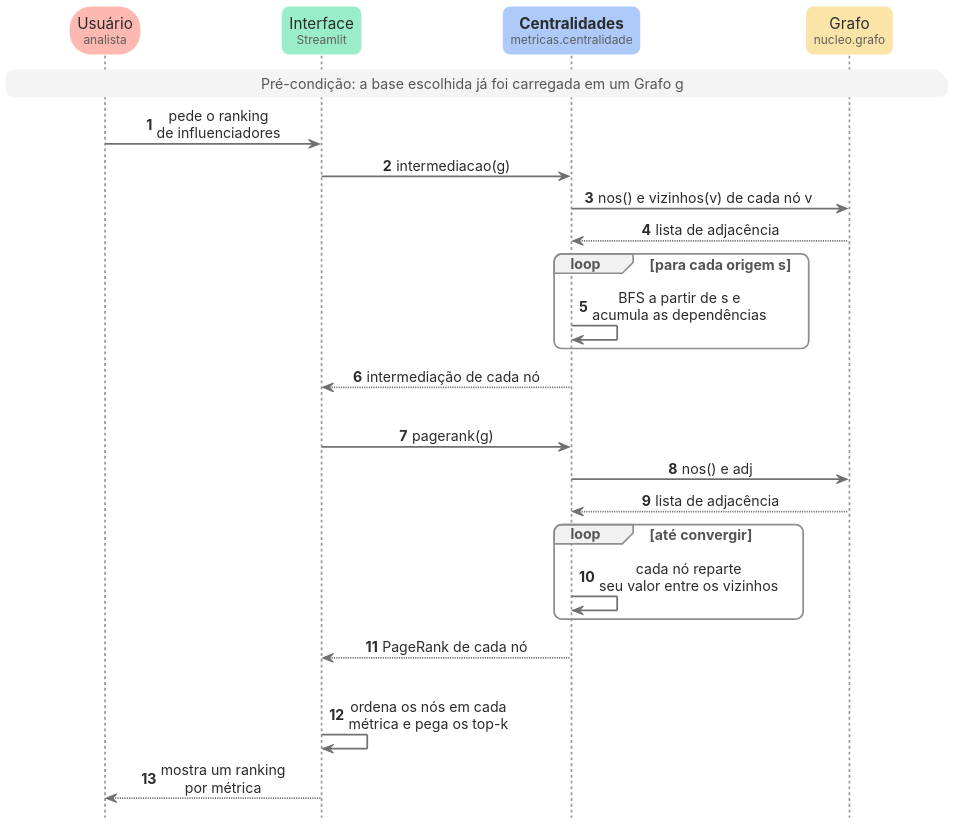
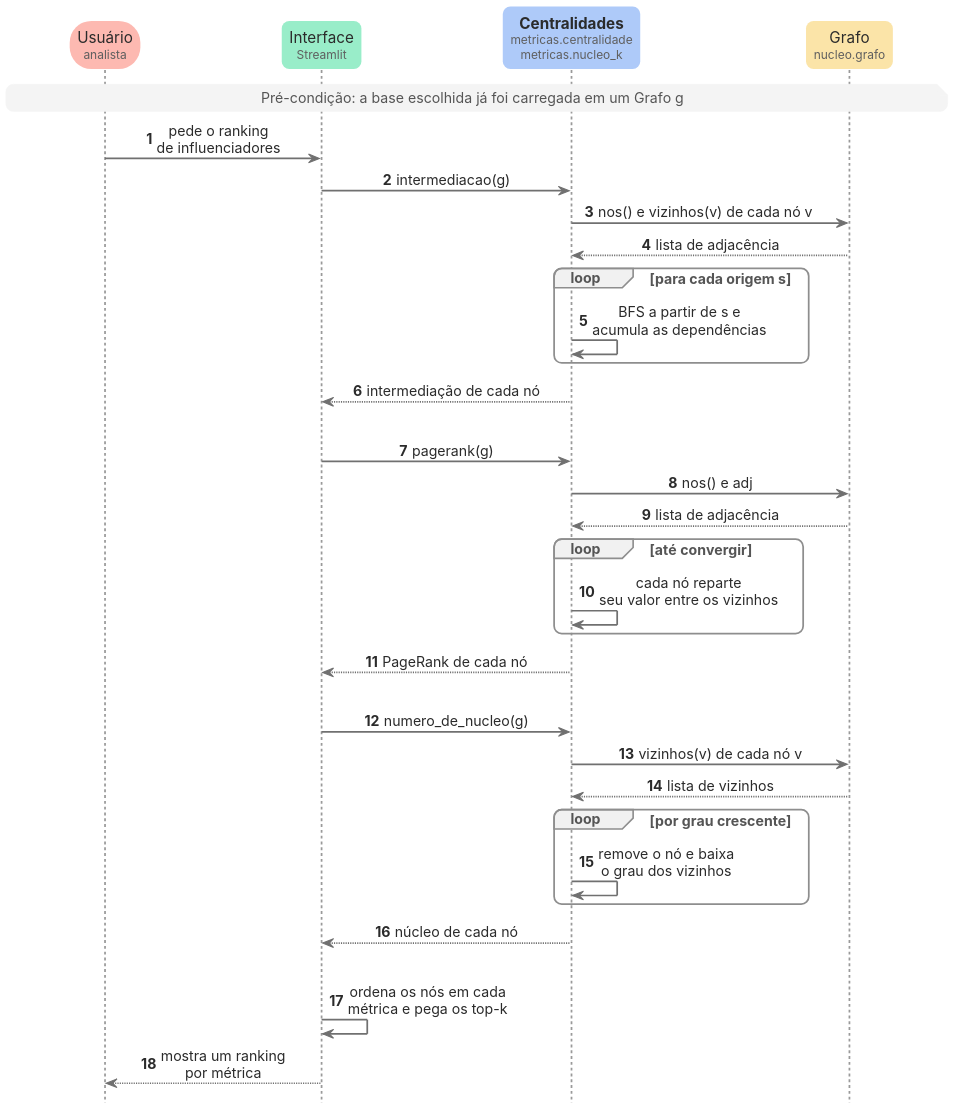
Before and after one commit to ofazax/tp-grafos-redes-sociais: the diagram in documentos/uml/sequencia.puml, drawn with PlantUML. The commit also changed 3 other files, not shown here.

Commit message:
docs atualizacao k-core no diagrama

```diff
--- a/documentos/uml/sequencia.puml
+++ b/documentos/uml/sequencia.puml
@@ -1,95 +1,105 @@
 @startuml sequencia
 ' Diagrama de sequência: o usuário pede o ranking de influenciadores (Frente 3, Etapa 1).
+' Três métricas: intermediação e PageRank (metricas.centralidade) e k-core (metricas.nucleo_k).
 ' Fluxo: usuário -> interface -> centralidades -> grafo.
 ' Para gerar a imagem: extensão PlantUML do VS Code (Alt+D) ou
 '   java -jar plantuml.jar -tpng documentos/uml/sequencia.puml
 ' A fonte é a Inter; sem ela instalada, o PlantUML usa a fonte padrão.
 
 ' teoz: motor de layout que posiciona as caixas de loop sem sobrepor os rótulos.
 !pragma teoz true
 
 ' ---------------------------------------------------------------------
 ' Estilo: cores pastel por papel, caixas sem borda, linhas cinza finas.
 '   rosa     = quem está fora do sistema (usuário)
 '   verde    = interface
 '   azul     = núcleo do diagrama (centralidades, Frente 3)
 '   amarelo  = dados (grafo)
 ' ---------------------------------------------------------------------
 skinparam dpi 180
 skinparam shadowing false
 skinparam backgroundColor #FFFFFF
 skinparam defaultFontName Inter
 skinparam defaultFontSize 13
 skinparam defaultFontColor #2B2B2B
 skinparam RoundCorner 14
 skinparam sequenceMessageAlign center
 
 skinparam sequence {
   ArrowColor #707070
   ArrowThickness 1.6
   LifeLineBorderColor #9A9A9A
   ParticipantBorderThickness 0
   ParticipantFontSize 14
   ' Espaço extra entre as colunas, para nenhum rótulo encostar na ponta da seta.
   ParticipantPadding 60
   GroupBorderColor #8E8E8E
   GroupBorderThickness 1.6
   GroupBackgroundColor #F1F1F1
   GroupHeaderFontColor #555555
   GroupFontColor #555555
 }
 skinparam note {
   BackgroundColor #F4F4F4
   BorderColor #F4F4F4
   FontColor #555555
 }
 
 ' Linhas de vida mais grossas (no teoz, a espessura só funciona por aqui, não por skinparam).
 ' O usuário tem cantos bem arredondados (formato de pílula), como os elementos externos.
 <style>
 sequenceDiagram {
   lifeLine {
     LineThickness 1.6
   }
   .externo {
     RoundCorner 40
   }
 }
 </style>
 
 hide footbox
 hide stereotype
 autonumber
 
 participant "Usuário\n<size:11><color:#5F5F5F>analista</color></size>" as U <<externo>> #FDB9B1
 participant "Interface\n<size:11><color:#5F5F5F>Streamlit</color></size>" as I #99EDC9
-participant "<b>Centralidades</b>\n<size:11><color:#5F5F5F>metricas.centralidade</color></size>" as C #AECAF9
+participant "<b>Centralidades</b>\n<size:11><color:#5F5F5F>metricas.centralidade</color></size>\n<size:11><color:#5F5F5F>metricas.nucleo_k</color></size>" as C #AECAF9
 participant "Grafo\n<size:11><color:#5F5F5F>nucleo.grafo</color></size>" as G #FBE4A8
 
 note across : Pré-condição: a base escolhida já foi carregada em um Grafo g
 
 U -> I : pede o ranking\nde influenciadores
 
 I -> C : intermediacao(g)
 ' Os espaços não separáveis (U+00A0) no fim afastam o Grafo das caixas de loop
 ' e deixam folga entre o rótulo e a ponta da seta.
 C -> G : nos() e vizinhos(v) de cada nó v<U+00A0><U+00A0><U+00A0><U+00A0><U+00A0><U+00A0>
 G --> C : lista de adjacência
 loop para cada origem s
   C -> C : BFS a partir de s e\nacumula as dependências
 end
 C --> I : intermediação de cada nó
 |||
 
 I -> C : pagerank(g)
 C -> G : nos() e adj
 G --> C : lista de adjacência
 loop até convergir
   C -> C : cada nó reparte\nseu valor entre os vizinhos
 end
 C --> I : PageRank de cada nó
 |||
 
+I -> C : numero_de_nucleo(g)
+C -> G : vizinhos(v) de cada nó v
+G --> C : lista de vizinhos
+loop por grau crescente
+  C -> C : remove o nó e baixa\no grau dos vizinhos
+end
+C --> I : núcleo de cada nó
+|||
+
 I -> I : ordena os nós em cada\nmétrica e pega os top-k
 I --> U : mostra um ranking\npor métrica
 @enduml
```
